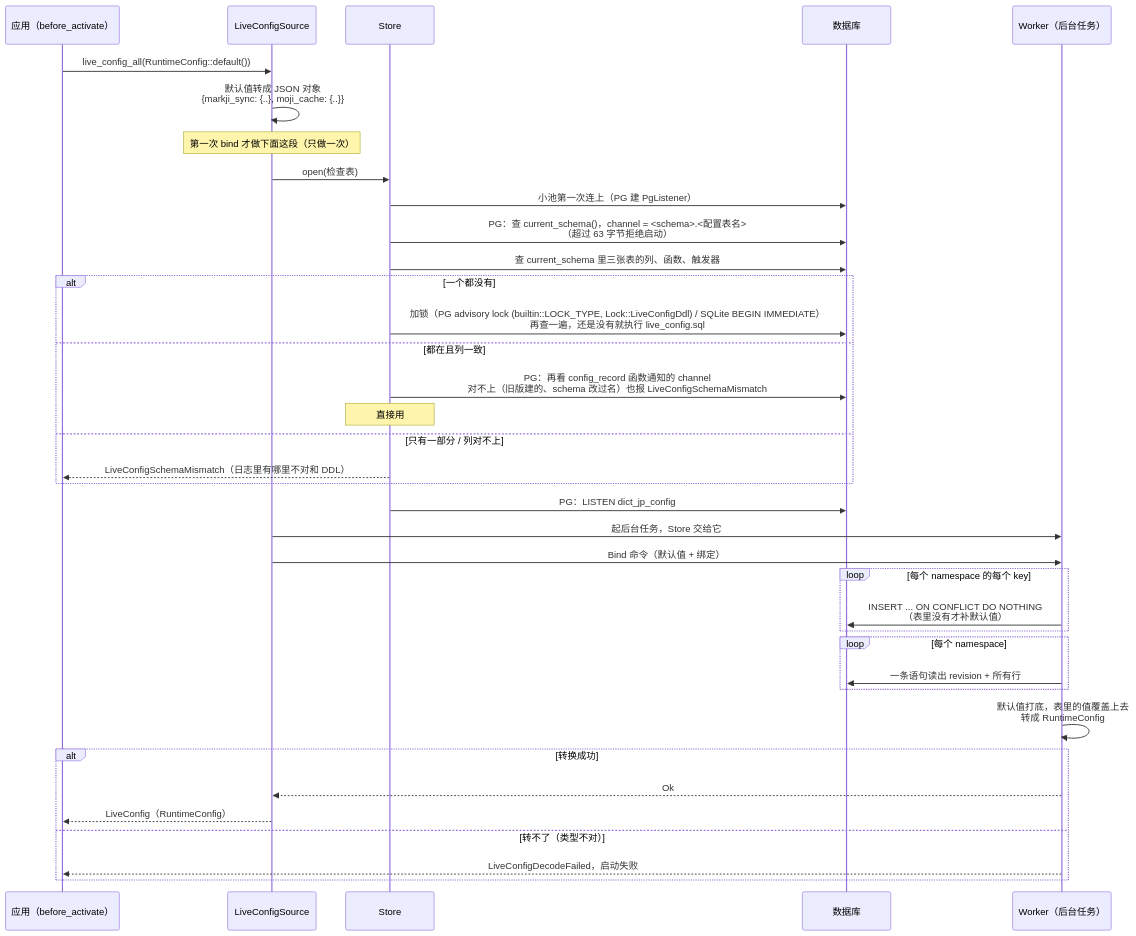
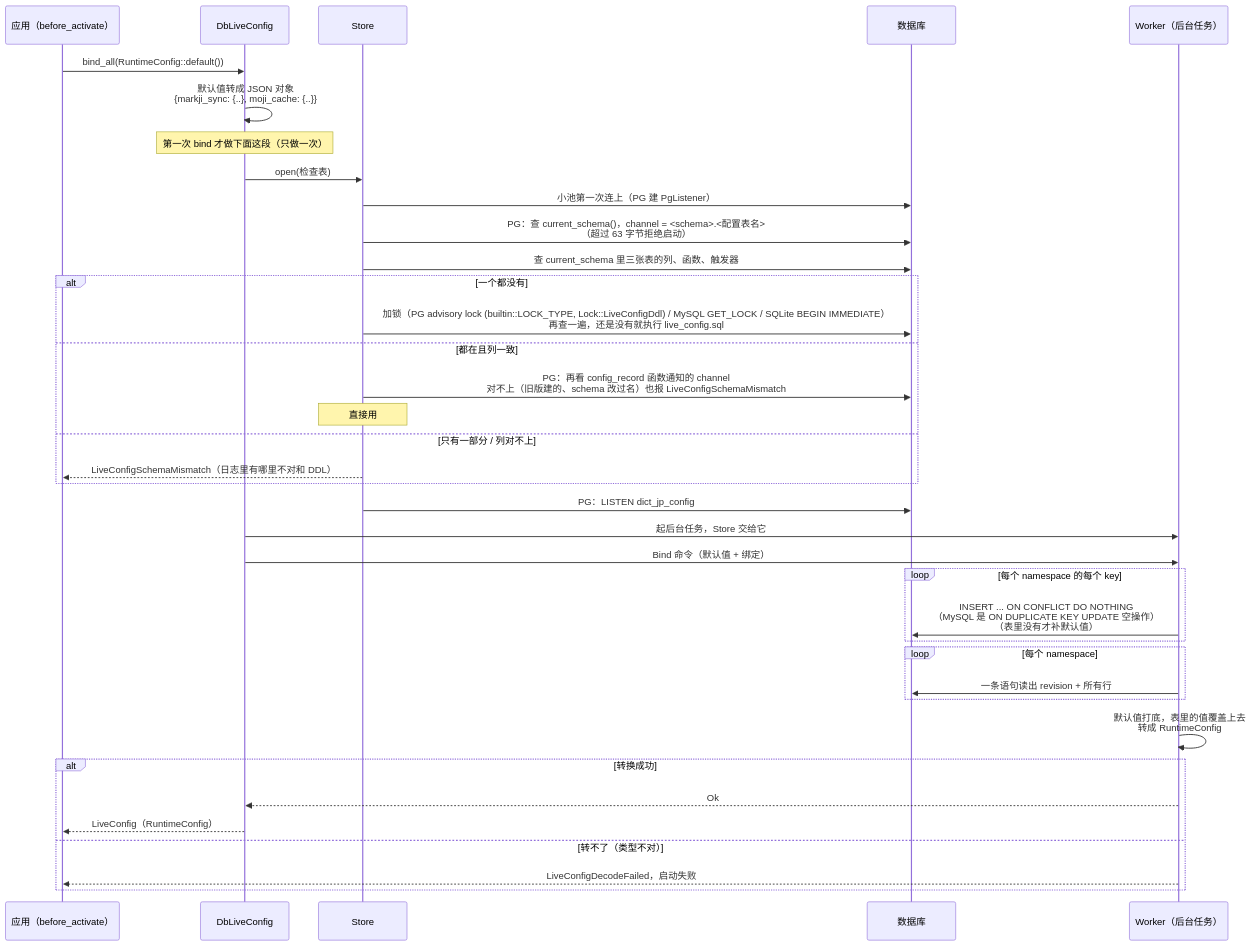
One commit to tpxxwz/hygiea changed the third of 7 diagrams in docs/design/live-config.md. Above: the diagram before and after it, drawn with Mermaid. The commit also changed other lines of this file and 47 other files, not shown here.

First line of the commit message:
feat(db): 锁、动态配置组件化：uses 位掩码 + 泛型组件 DbComponent，资源 DbLock / DbLiveConfig

````diff
--- a/docs/design/live-config.md
+++ b/docs/design/live-config.md
@@ -172,40 +179,40 @@
 ```mermaid
 sequenceDiagram
     participant App as 应用（before_activate）
-    participant Src as LiveConfigSource
+    participant Src as DbLiveConfig
     participant St as Store
     participant DB as 数据库
     participant W as Worker（后台任务）
 
-    App->>Src: live_config_all(RuntimeConfig::default())
+    App->>Src: bind_all(RuntimeConfig::default())
     Src->>Src: 默认值转成 JSON 对象<br/>{markji_sync: {..}, moji_cache: {..}}
     Note over Src: 第一次 bind 才做下面这段（只做一次）
     Src->>St: open(检查表)
     St->>DB: 小池第一次连上（PG 建 PgListener）
     St->>DB: PG：查 current_schema()，channel = <schema>.<配置表名><br/>（超过 63 字节拒绝启动）
     St->>DB: 查 current_schema 里三张表的列、函数、触发器
     alt 一个都没有
-        St->>DB: 加锁（PG advisory lock (builtin::LOCK_TYPE, Lock::LiveConfigDdl) / SQLite BEGIN IMMEDIATE）<br/>再查一遍，还是没有就执行 live_config.sql
+        St->>DB: 加锁（PG advisory lock (builtin::LOCK_TYPE, Lock::LiveConfigDdl) / MySQL GET_LOCK / SQLite BEGIN IMMEDIATE）<br/>再查一遍，还是没有就执行 live_config.sql
     else 都在且列一致
         St->>DB: PG：再看 config_record 函数通知的 channel<br/>对不上（旧版建的、schema 改过名）也报 LiveConfigSchemaMismatch
         Note over St: 直接用
     else 只有一部分 / 列对不上
         St-->>App: LiveConfigSchemaMismatch（日志里有哪里不对和 DDL）
     end
     St->>DB: PG：LISTEN dict_jp_config
     Src->>W: 起后台任务，Store 交给它
     Src->>W: Bind 命令（默认值 + 绑定）
     loop 每个 namespace 的每个 key
-        W->>DB: INSERT ... ON CONFLICT DO NOTHING<br/>（表里没有才补默认值）
+        W->>DB: INSERT ... ON CONFLICT DO NOTHING<br/>（MySQL 是 ON DUPLICATE KEY UPDATE 空操作）<br/>（表里没有才补默认值）
     end
     loop 每个 namespace
         W->>DB: 一条语句读出 revision + 所有行
     end
     W->>W: 默认值打底，表里的值覆盖上去<br/>转成 RuntimeConfig
     alt 转换成功
         W-->>Src: Ok
         Src-->>App: LiveConfig（RuntimeConfig）
     else 转不了（类型不对）
         W-->>App: LiveConfigDecodeFailed，启动失败
     end
 ```
````
